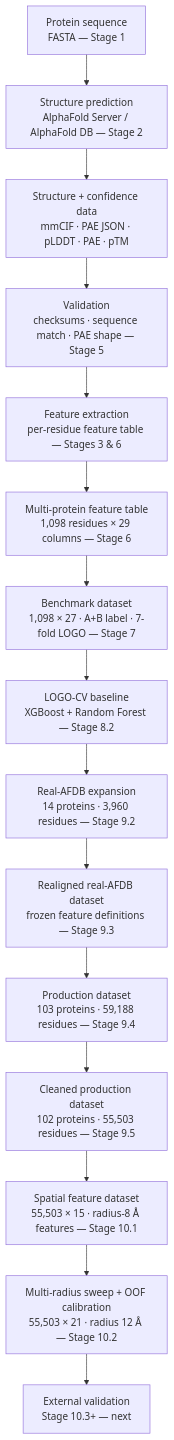
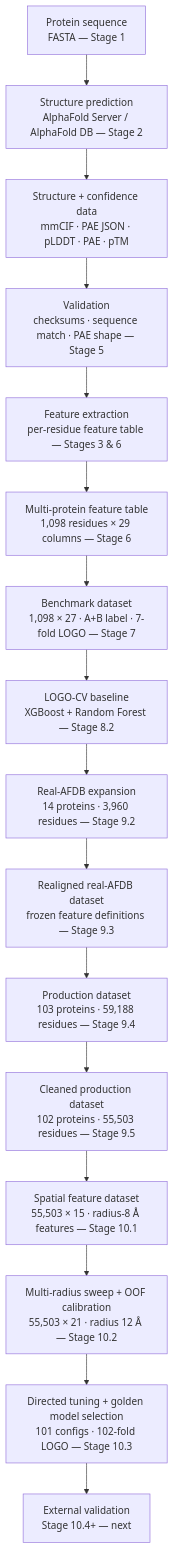
One commit to kelvinchandradjayapranata-hue/ai-biotech changed the diagram in README.md. Above: the diagram before and after it, drawn with Mermaid. The commit also changed other lines of this file and 1 other file, not shown here.

First line of the commit message:
docs: record audited Stage 10.3 tuning and golden model selection

````diff
--- a/README.md
+++ b/README.md
@@ -246,17 +270,18 @@
 ```mermaid
 flowchart TD
     A["Protein sequence<br/>FASTA — Stage 1"] --> B["Structure prediction<br/>AlphaFold Server / AlphaFold DB — Stage 2"]
     B --> C["Structure + confidence data<br/>mmCIF · PAE JSON · pLDDT · PAE · pTM"]
     C --> D["Validation<br/>checksums · sequence match · PAE shape — Stage 5"]
     D --> E["Feature extraction<br/>per-residue feature table — Stages 3 & 6"]
     E --> F["Multi-protein feature table<br/>1,098 residues × 29 columns — Stage 6"]
     F --> G["Benchmark dataset<br/>1,098 × 27 · A+B label · 7-fold LOGO — Stage 7"]
     G --> H["LOGO-CV baseline<br/>XGBoost + Random Forest — Stage 8.2"]
     H --> I["Real-AFDB expansion<br/>14 proteins · 3,960 residues — Stage 9.2"]
     I --> J["Realigned real-AFDB dataset<br/>frozen feature definitions — Stage 9.3"]
     J --> K["Production dataset<br/>103 proteins · 59,188 residues — Stage 9.4"]
     K --> K2["Cleaned production dataset<br/>102 proteins · 55,503 residues — Stage 9.5"]
     K2 --> K3["Spatial feature dataset<br/>55,503 × 15 · radius-8 Å features — Stage 10.1"]
     K3 --> K4["Multi-radius sweep + OOF calibration<br/>55,503 × 21 · radius 12 Å — Stage 10.2"]
-    K4 --> L["External validation<br/>Stage 10.3+ — next"]
+    K4 --> K5["Directed tuning + golden model selection<br/>101 configs · 102-fold LOGO — Stage 10.3"]
+    K5 --> L["External validation<br/>Stage 10.4+ — next"]
 ```
````
